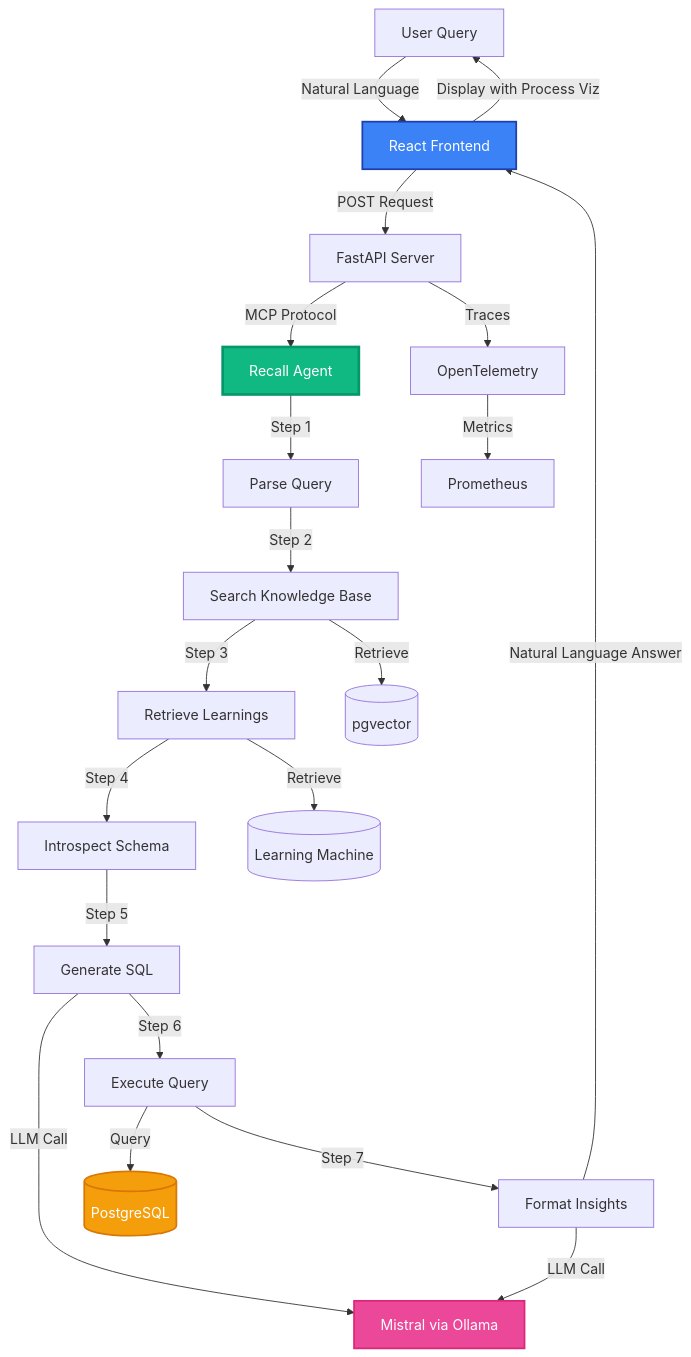
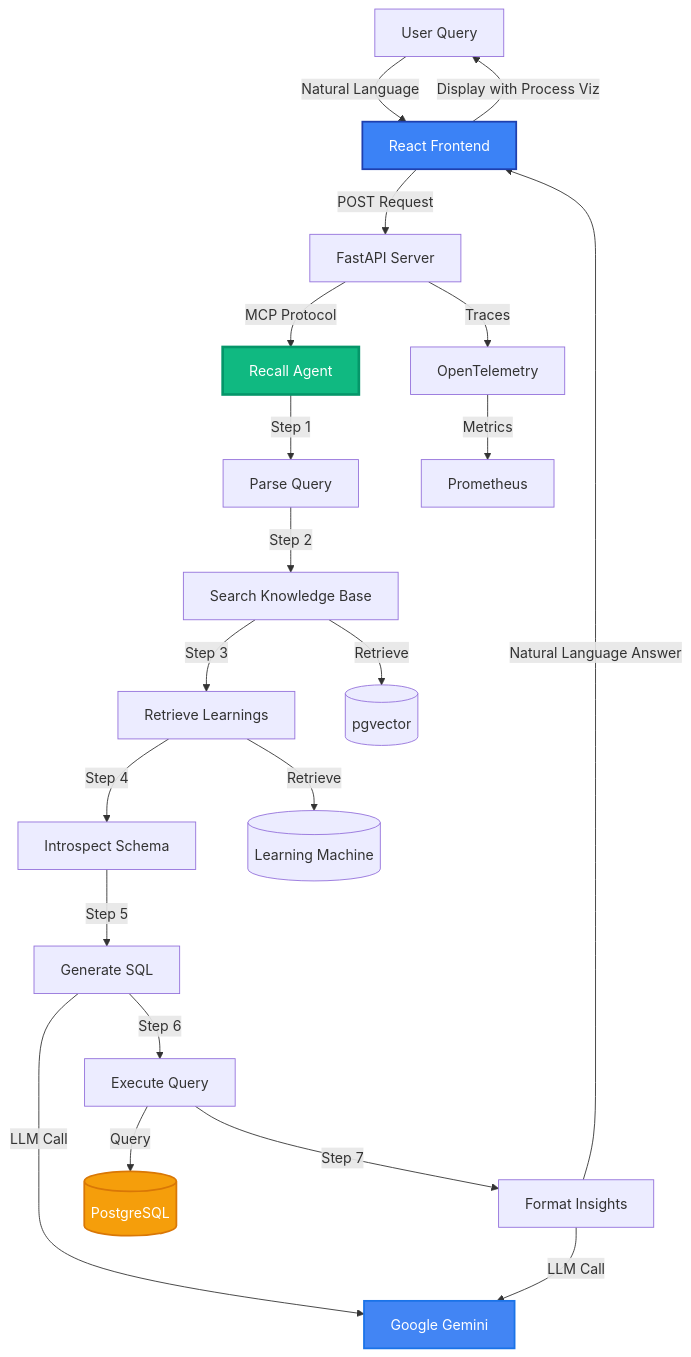
Before and after one commit to Kavinesh11/Recall: the diagram in README.md, drawn with Mermaid. The commit also changed other lines of this file and 6 other files, not shown here.

````diff
--- a/README.md
+++ b/README.md
@@ -56,33 +56,33 @@
 ```mermaid
 graph TB
     User[User Query] -->|Natural Language| UI[React Frontend]
     UI -->|POST Request| API[FastAPI Server]
     
     API -->|MCP Protocol| Agent[Recall Agent]
     
     Agent -->|Step 1| Parse[Parse Query]
     Parse -->|Step 2| Knowledge[Search Knowledge Base]
     Knowledge -->|Step 3| Learnings[Retrieve Learnings]
     Learnings -->|Step 4| Schema[Introspect Schema]
     Schema -->|Step 5| SQLGen[Generate SQL]
     SQLGen -->|Step 6| Execute[Execute Query]
     Execute -->|Step 7| Format[Format Insights]
     
     Knowledge -->|Retrieve| VectorDB[(pgvector)]
     Learnings -->|Retrieve| LearningDB[(Learning Machine)]
     Execute -->|Query| PostgreSQL[(PostgreSQL)]
     
-    SQLGen -->|LLM Call| Mistral[Mistral via Ollama]
-    Format -->|LLM Call| Mistral
+    SQLGen -->|LLM Call| Gemini[Google Gemini]
+    Format -->|LLM Call| Gemini
     
     Format -->|Natural Language Answer| UI
     UI -->|Display with Process Viz| User
     
     API -->|Traces| OTEL[OpenTelemetry]
     OTEL -->|Metrics| Prometheus[Prometheus]
     
     style Agent fill:#10b981,stroke:#059669,stroke-width:3px,color:#fff
     style UI fill:#3b82f6,stroke:#1e40af,stroke-width:2px,color:#fff
-    style Mistral fill:#ec4899,stroke:#db2777,stroke-width:2px,color:#fff
+    style Gemini fill:#4285f4,stroke:#1a73e8,stroke-width:2px,color:#fff
     style PostgreSQL fill:#f59e0b,stroke:#d97706,stroke-width:2px,color:#fff
 ```
````
